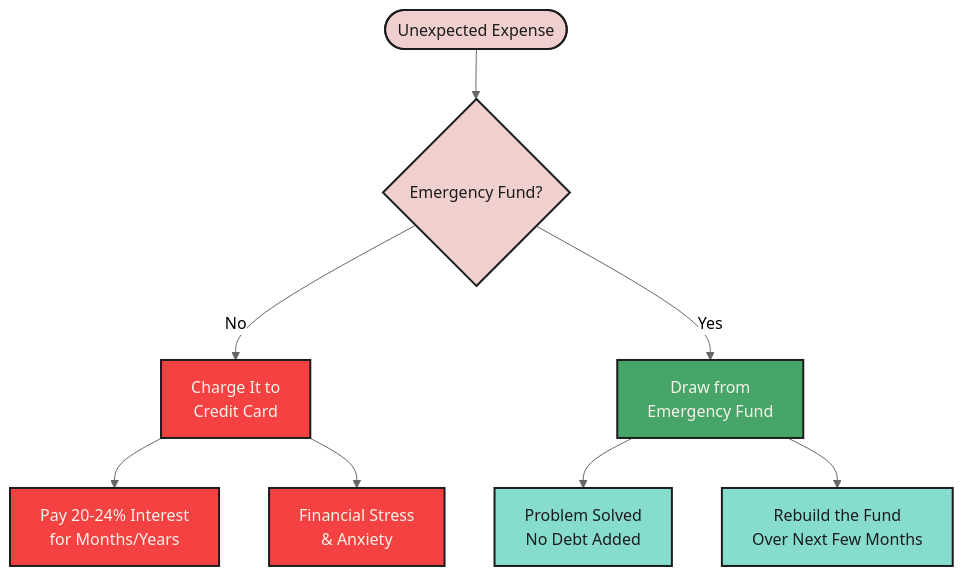
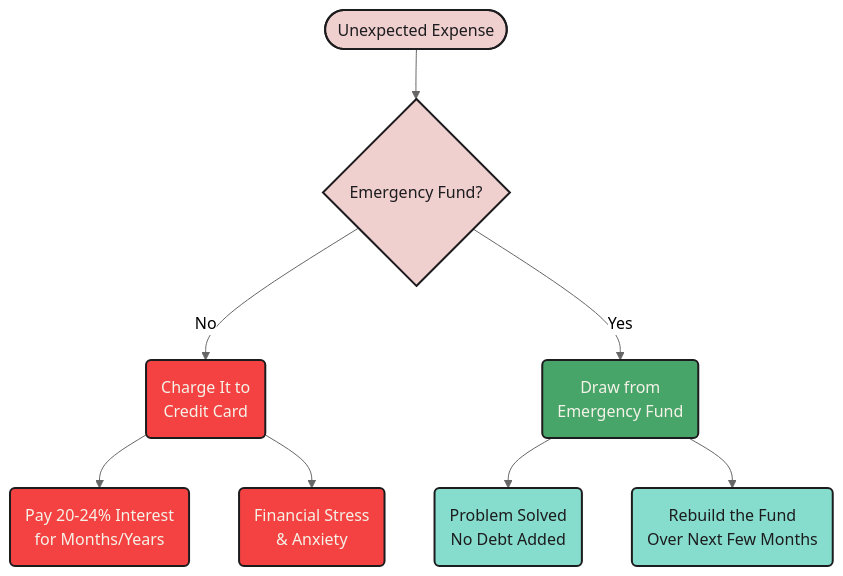
One commit to mjfrigaard/fm-finance changed the first of 5 diagrams in emergency_fund.qmd. Above: the diagram before and after it, drawn with Mermaid. The commit also changed other lines of this file and 20 other files, not shown here.

Commit message:
updates to mermaid diagrams

````diff
--- a/emergency_fund.qmd
+++ b/emergency_fund.qmd
@@ -47,22 +33,22 @@
 ```{mermaid}
 %%| fig-cap: 'Without an Emergency Fund'
 %%| fig-align: center
-%%{init: {'theme': 'neutral', 'themeVariables': { 'fontFamily': 'monospace', "fontSize":"16px"}}}%%
+%%{init: {'theme': 'neutral', 'themeVariables': { 'fontFamily': 'monospace', "darkMode":false, "fontSize":"16px"}}}%%
 
 flowchart TD
-    Crisis([Unexpected Expense]) --> NoFund{Emergency Fund?}
-    NoFund -->|No| CreditCard[Charge It to<br>Credit Card]
-    NoFund -->|Yes| EFund[Draw from<br>Emergency Fund]
-    CreditCard --> Interest[Pay 20-24% Interest<br>for Months/Years]
-    CreditCard --> Stress[Financial Stress<br>& Anxiety]
-    EFund --> Solved[Problem Solved<br>No Debt Added]
-    EFund --> Rebuild[Rebuild the Fund<br>Over Next Few Months]
+    Crisis(["Unexpected Expense"]) --> NoFund{"Emergency Fund?"}
+    NoFund -->|"No"| CreditCard("Charge It to<br>Credit Card")
+    NoFund -->|"Yes"| EFund("Draw from<br>Emergency Fund")
+    CreditCard --> Interest("Pay 20-24% Interest<br>for Months/Years")
+    CreditCard --> Stress("Financial Stress<br>& Anxiety")
+    EFund --> Solved("Problem Solved<br>No Debt Added")
+    EFund --> Rebuild("Rebuild the Fund<br>Over Next Few Months")
     style Crisis fill:#f0cfcf,color:#1C1C1E,stroke:#1C1C1E,stroke-width:2px
     style NoFund fill:#f0cfcf,color:#1C1C1E,stroke:#1C1C1E,stroke-width:2px
     style CreditCard fill:#f44242,color:#F5F2E8,stroke:#1C1C1E,stroke-width:2px
     style Interest fill:#f44242,color:#F5F2E8,stroke:#1C1C1E,stroke-width:2px
     style Stress fill:#f44242,color:#F5F2E8,stroke:#1C1C1E,stroke-width:2px
     style EFund fill:#48a56a,color:#F5F2E8,stroke:#1C1C1E,stroke-width:2px
     style Solved fill:#86ddcd,color:#1C1C1E,stroke:#1C1C1E,stroke-width:2px
     style Rebuild fill:#86ddcd,color:#1C1C1E,stroke:#1C1C1E,stroke-width:2px
 ```
````
